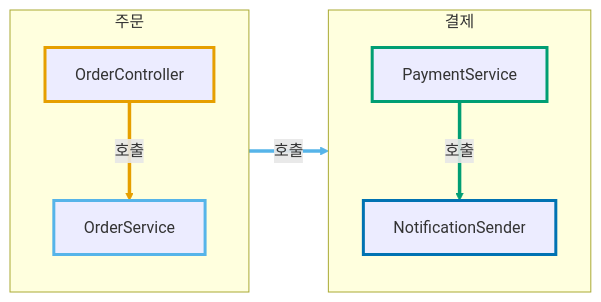
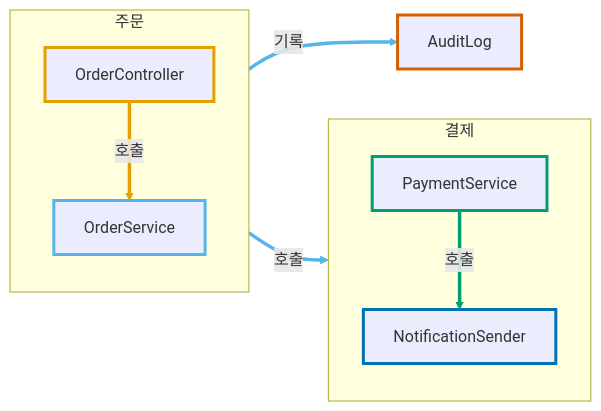
The diagram in docs/hover-tooltip-test/README.md (Kanmanemone/zenuml-skill), drawn with Mermaid before and after one commit. The commit also changed other lines of this file and 5 other files, not shown here.

````diff
--- a/docs/hover-tooltip-test/README.md
+++ b/docs/hover-tooltip-test/README.md
@@ -24,38 +31,44 @@
 ```mermaid
 flowchart LR
   subgraph Order["주문"]
     direction TB
     OrderController
     OrderService
   end
   subgraph Payment["결제"]
     direction TB
     PaymentService
     NotificationSender
   end
+  AuditLog
 
   OrderController e0@-->|호출| OrderService
   OrderService e1@-->|호출| PaymentService
   PaymentService e2@-->|호출| NotificationSender
+  OrderService e3@-->|기록| AuditLog
 
   classDef controllerNode stroke:#E69F00,stroke-width:3px
   class OrderController controllerNode
   classDef orderNode stroke:#56B4E9,stroke-width:3px
   class OrderService orderNode
   classDef paymentNode stroke:#009E73,stroke-width:3px
   class PaymentService paymentNode
   classDef notifyNode stroke:#0072B2,stroke-width:3px
   class NotificationSender notifyNode
+  classDef auditNode stroke:#D55E00,stroke-width:3px,cursor:auto
+  class AuditLog auditNode
 
   classDef controllerEdge stroke:#E69F00,stroke-width:3.5px
   class e0 controllerEdge
   classDef orderEdge stroke:#56B4E9,stroke-width:3.5px
   class e1 orderEdge
+  class e3 orderEdge
   classDef paymentEdge stroke:#009E73,stroke-width:3.5px
   class e2 paymentEdge
 
   click OrderController "../../README.md" "<b>책임 (추상)</b>: 주문 요청을 받아 서비스로 넘긴다<br/><b>역할 (구체)</b>: <code>POST /orders</code>를 받아 <code>OrderService.create()</code>를 호출<br/><br/><b>→ OrderService (호출)</b><br/>• 책임의 경계: 입력 검증까지만 하고 주문 규칙은 모른다<br/>• 분리 이유: HTTP 계층 교체가 주문 규칙에 영향 없음"
   click OrderService "../../README.md" "<b>책임 (추상)</b>: 주문을 생성하고 결제를 요청한다<br/><b>역할 (구체)</b>: <code>create()</code>로 주문을 저장하고 <code>PaymentService.pay()</code>를 호출<br/><br/><b>← OrderController (호출)</b><br/><b>→ PaymentService (호출)</b><br/>• 책임의 경계: 주문 상태는 OrderService만 바꾼다<br/>• 분리 이유: 결제 수단 교체가 주문에 영향 없음<br/>• 질문: 결제 실패 시 주문 상태는 누가 되돌리나?"
   click PaymentService "../../README.md" "<b>책임 (추상)</b>: 결제를 처리한다<br/><b>역할 (구체)</b>: <code>pay()</code>로 PG 승인 후 결과를 알림으로 넘긴다<br/><br/><b>← OrderService (호출)</b><br/><b>→ NotificationSender (호출)</b><br/>• 책임의 경계: 알림 채널은 모른다<br/>• 분리 이유: 알림 채널 추가가 결제 로직을 건드리지 않음"
   click NotificationSender "../../README.md" "<b>책임 (추상)</b>: 결제 결과를 사용자에게 알린다<br/><b>역할 (구체)</b>: <code>send()</code>로 메일·푸시 발송<br/><br/><b>← PaymentService (호출)</b><br/>• 긴 내용 테스트: 이 노드는 다이어그램 오른쪽 아래에 있어서, CSS가 적용되지 않으면 툴팁이 미리보기 오른쪽이나 아래 끝에서 잘릴 수 있다. CSS가 적용되면 패널 아래쪽에 고정되어 끝까지 보여야 한다.<br/>• 줄 1<br/>• 줄 2<br/>• 줄 3<br/>• 줄 4<br/>• 줄 5<br/>• 줄 6<br/>• 줄 7<br/>• 줄 8"
+  click AuditLog noHoverLink "<b>책임 (추상)</b>: 주문 이력을 남긴다<br/><br/><b>← OrderService (기록)</b><br/>(링크 없는 노드 — 클릭해도 이동하지 않아야 함)"
 ```
````
